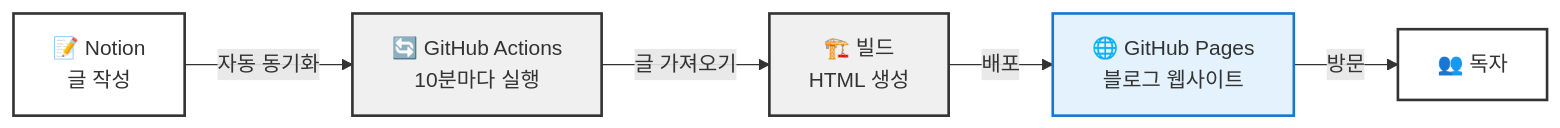
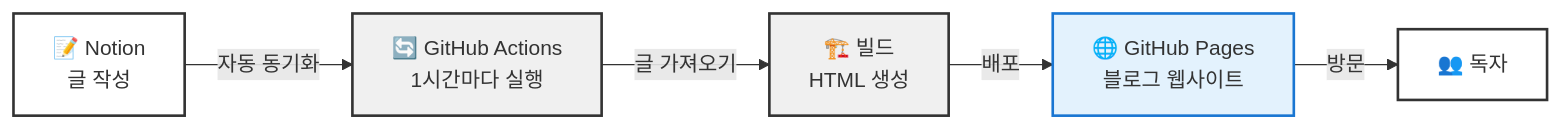
Before and after one commit to freelife1191/nextjs-notion-blog: the second of 7 diagrams in docs/NON_DEVELOPER_GUIDE.md, drawn with Mermaid. The commit also changed other lines of this file and 5 other files, not shown here.

````diff
--- a/docs/NON_DEVELOPER_GUIDE.md
+++ b/docs/NON_DEVELOPER_GUIDE.md
@@ -152,13 +152,13 @@
 ```mermaid
 graph LR
-    A[📝 Notion<br/>글 작성] -->|자동 동기화| B[🔄 GitHub Actions<br/>10분마다 실행]
+    A[📝 Notion<br/>글 작성] -->|자동 동기화| B[🔄 GitHub Actions<br/>1시간마다 실행]
     B -->|글 가져오기| C[🏗️ 빌드<br/>HTML 생성]
     C -->|배포| D[🌐 GitHub Pages<br/>블로그 웹사이트]
     D -->|방문| E[👥 독자]
 
     style A fill:#fff,stroke:#333,stroke-width:2px
     style B fill:#f0f0f0,stroke:#333,stroke-width:2px
     style C fill:#f0f0f0,stroke:#333,stroke-width:2px
     style D fill:#e3f2fd,stroke:#1976d2,stroke-width:2px
     style E fill:#fff,stroke:#333,stroke-width:2px
 ```
````
